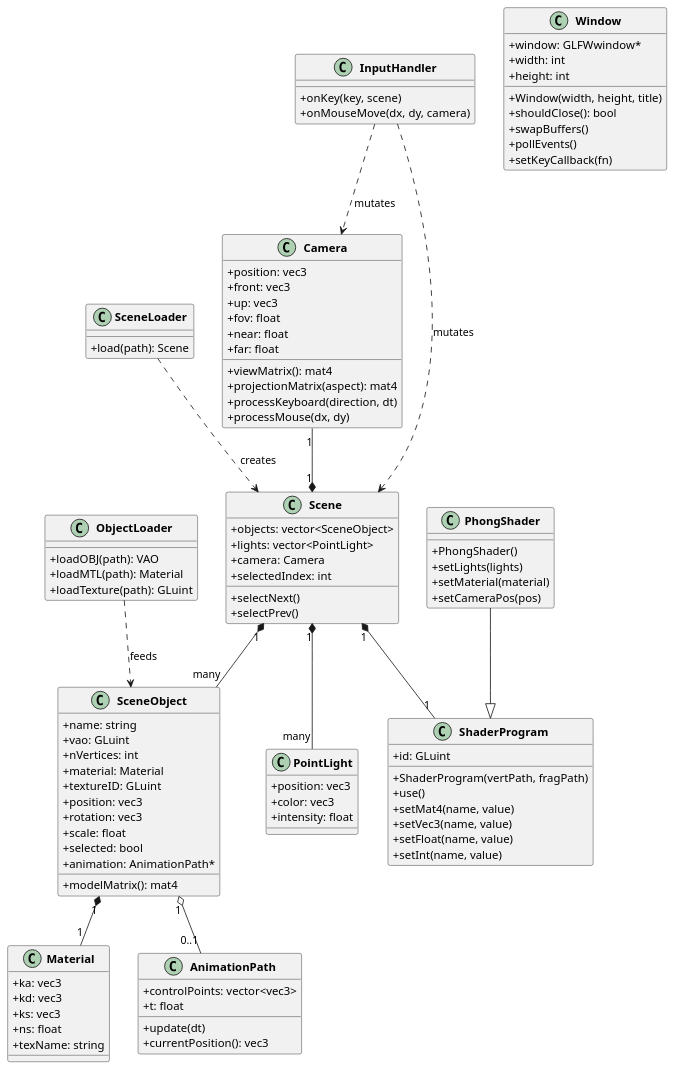
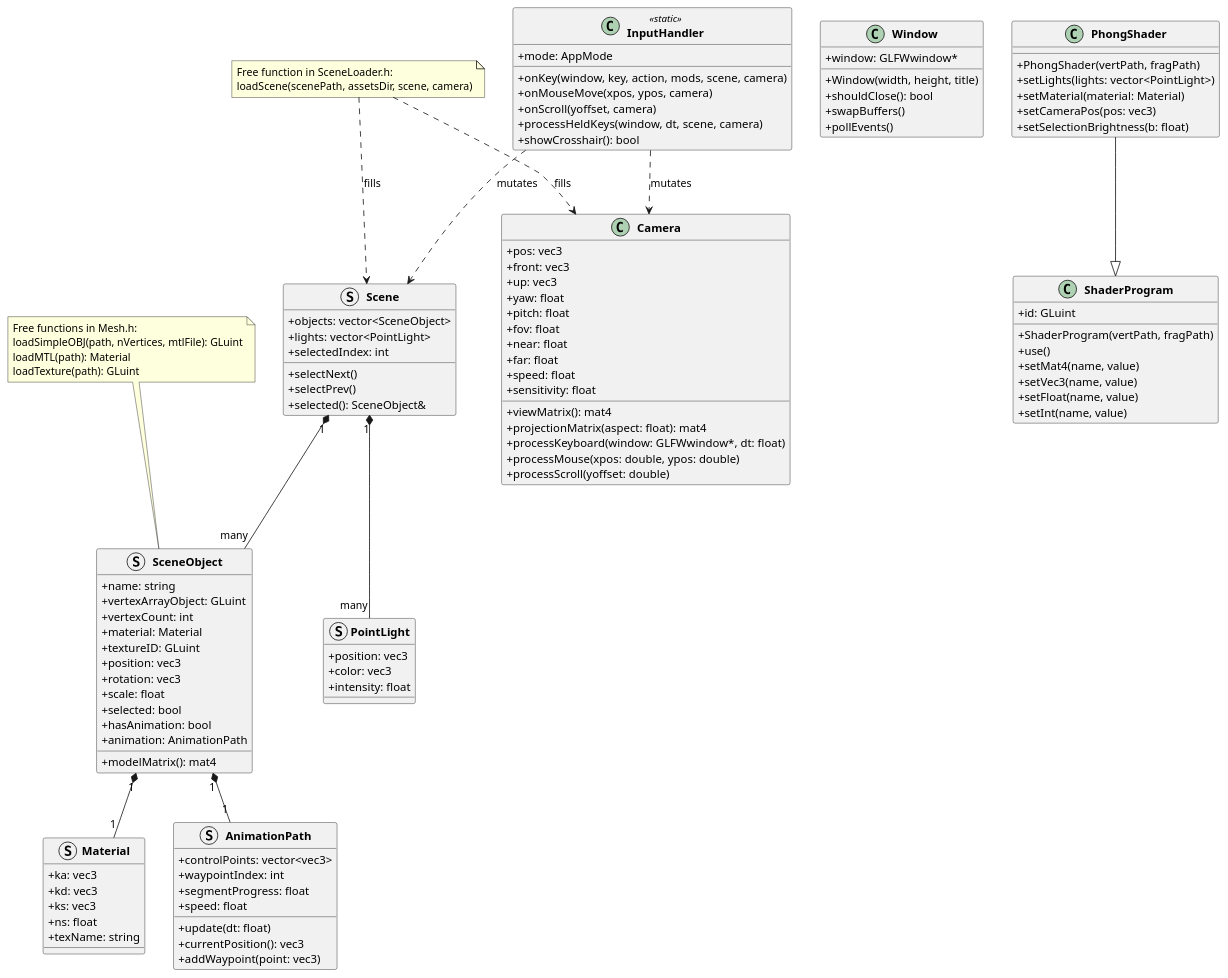
The diagram in grau-b/architecture.puml (kibutzzz/CGCCHibrido), drawn with PlantUML before and after one commit. The commit also changed 24 other files, not shown here.

First line of the commit message:
grau-b: interactive 3D scene viewer with Phong lighting (#14)

```diff
--- a/grau-b/architecture.puml
+++ b/grau-b/architecture.puml
@@ -1,120 +1,134 @@
 @startuml GrauB Architecture
 
 skinparam classAttributeIconSize 0
 skinparam classFontStyle bold
 skinparam packageStyle rectangle
 
-class Material {
+struct Material {
     +ka: vec3
     +kd: vec3
     +ks: vec3
     +ns: float
     +texName: string
 }
 
-class PointLight {
+struct PointLight {
     +position: vec3
     +color: vec3
     +intensity: float
 }
 
-class ObjectLoader {
-    +loadOBJ(path): VAO
-    +loadMTL(path): Material
-    +loadTexture(path): GLuint
+struct AnimationPath {
+    +controlPoints: vector<vec3>
+    +waypointIndex: int
+    +segmentProgress: float
+    +speed: float
+    +update(dt: float)
+    +currentPosition(): vec3
+    +addWaypoint(point: vec3)
 }
 
-class SceneObject {
+struct SceneObject {
     +name: string
-    +vao: GLuint
-    +nVertices: int
+    +vertexArrayObject: GLuint
+    +vertexCount: int
     +material: Material
     +textureID: GLuint
     +position: vec3
     +rotation: vec3
     +scale: float
     +selected: bool
-    +animation: AnimationPath*
+    +hasAnimation: bool
+    +animation: AnimationPath
     +modelMatrix(): mat4
 }
 
-class Scene {
+struct Scene {
     +objects: vector<SceneObject>
     +lights: vector<PointLight>
-    +camera: Camera
     +selectedIndex: int
     +selectNext()
     +selectPrev()
+    +selected(): SceneObject&
 }
 
 class Camera {
-    +position: vec3
+    +pos: vec3
     +front: vec3
     +up: vec3
+    +yaw: float
+    +pitch: float
     +fov: float
     +near: float
     +far: float
+    +speed: float
+    +sensitivity: float
     +viewMatrix(): mat4
-    +projectionMatrix(aspect): mat4
-    +processKeyboard(direction, dt)
-    +processMouse(dx, dy)
-}
-
-class AnimationPath {
-    +controlPoints: vector<vec3>
-    +t: float
-    +update(dt)
-    +currentPosition(): vec3
-}
-
-class SceneLoader {
-    +load(path): Scene
-}
-
-class InputHandler {
-    +onKey(key, scene)
-    +onMouseMove(dx, dy, camera)
+    +projectionMatrix(aspect: float): mat4
+    +processKeyboard(window: GLFWwindow*, dt: float)
+    +processMouse(xpos: double, ypos: double)
+    +processScroll(yoffset: double)
 }
 
 class Window {
     +window: GLFWwindow*
-    +width: int
-    +height: int
     +Window(width, height, title)
     +shouldClose(): bool
     +swapBuffers()
     +pollEvents()
-    +setKeyCallback(fn)
 }
 
 class ShaderProgram {
     +id: GLuint
     +ShaderProgram(vertPath, fragPath)
     +use()
     +setMat4(name, value)
     +setVec3(name, value)
     +setFloat(name, value)
     +setInt(name, value)
 }
 
 class PhongShader {
-    +PhongShader()
-    +setLights(lights)
-    +setMaterial(material)
-    +setCameraPos(pos)
+    +PhongShader(vertPath, fragPath)
+    +setLights(lights: vector<PointLight>)
+    +setMaterial(material: Material)
+    +setCameraPos(pos: vec3)
+    +setSelectionBrightness(b: float)
+}
+
+note as MeshNote
+    Free functions in Mesh.h:
+    loadSimpleOBJ(path, nVertices, mtlFile): GLuint
+    loadMTL(path): Material
+    loadTexture(path): GLuint
+end note
+
+note as LoaderNote
+    Free function in SceneLoader.h:
+    loadScene(scenePath, assetsDir, scene, camera)
+end note
+
+class InputHandler <<static>> {
+    +mode: AppMode
+    +onKey(window, key, action, mods, scene, camera)
+    +onMouseMove(xpos, ypos, camera)
+    +onScroll(yoffset, camera)
+    +processHeldKeys(window, dt, scene, camera)
+    +showCrosshair(): bool
 }
 
 PhongShader --|> ShaderProgram
 
 Scene "1" *-- "many" SceneObject
 Scene "1" *-- "many" PointLight
-Scene "1" *-up- "1" Camera
-Scene "1" *-- "1" ShaderProgram
-SceneObject "1" o-- "0..1" AnimationPath
 SceneObject "1" *-- "1" Material
-SceneLoader ..> Scene : creates
+SceneObject "1" *-- "1" AnimationPath
+
+LoaderNote ..> Scene : fills
+LoaderNote ..> Camera : fills
+MeshNote ..> SceneObject : feeds
+
 InputHandler ..> Scene : mutates
 InputHandler ..> Camera : mutates
-ObjectLoader ..> SceneObject : feeds
 
 @enduml
```
